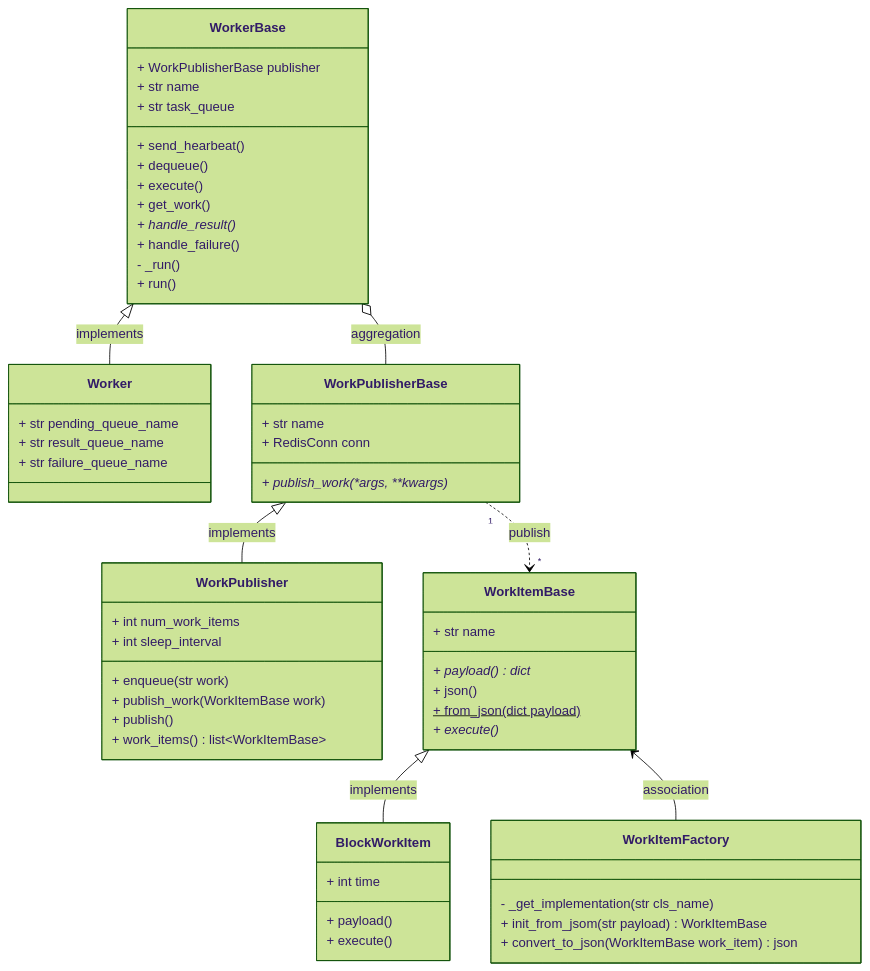
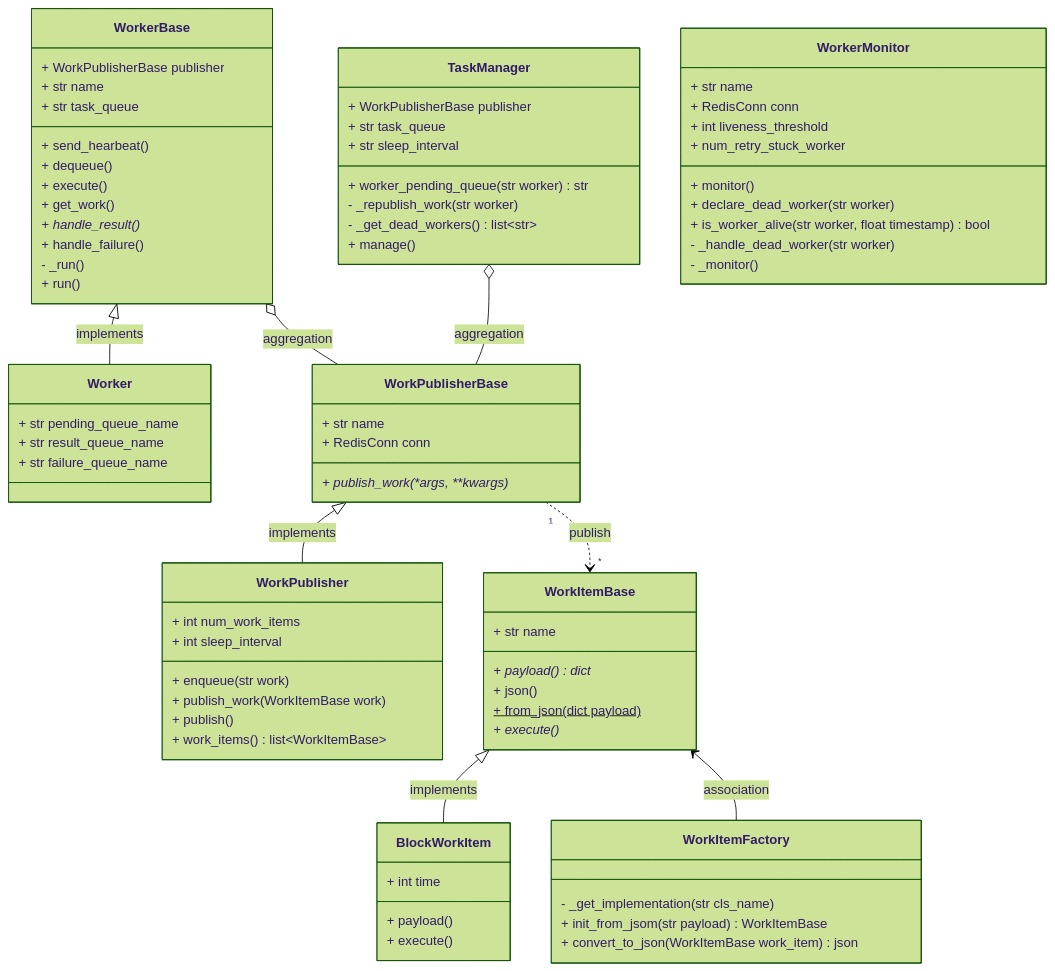
One commit to surajn581/redis changed the first of 2 diagrams in uml_diagram.md. Above: the diagram before and after it, drawn with Mermaid (forest theme). The commit also changed other lines of this file, not shown here.

Commit message:
updated uml diagram & added ER diagram

````diff
--- a/uml_diagram.md
+++ b/uml_diagram.md
@@ -64,4 +64,27 @@
 WorkItemBase <-- WorkItemFactory : association
 WorkPublisherBase "1"..>"*" WorkItemBase : publish
 
+class TaskManager{
+    + WorkPublisherBase publisher
+    + str task_queue
+    + str sleep_interval
+    + worker_pending_queue( str worker ) str
+    - _republish_work( str worker )
+    - _get_dead_workers() list~str~
+    + manage()
+}
+TaskManager o-- WorkPublisherBase : aggregation
+
+class WorkerMonitor{
+    + str name
+    + RedisConn conn
+    + int liveness_threshold
+    + num_retry_stuck_worker
+    + monitor()
+    + declare_dead_worker( str worker )
+    + is_worker_alive( str worker, float timestamp ) bool
+    - _handle_dead_worker( str worker )
+    - _monitor()
+}
+
 ```
````
